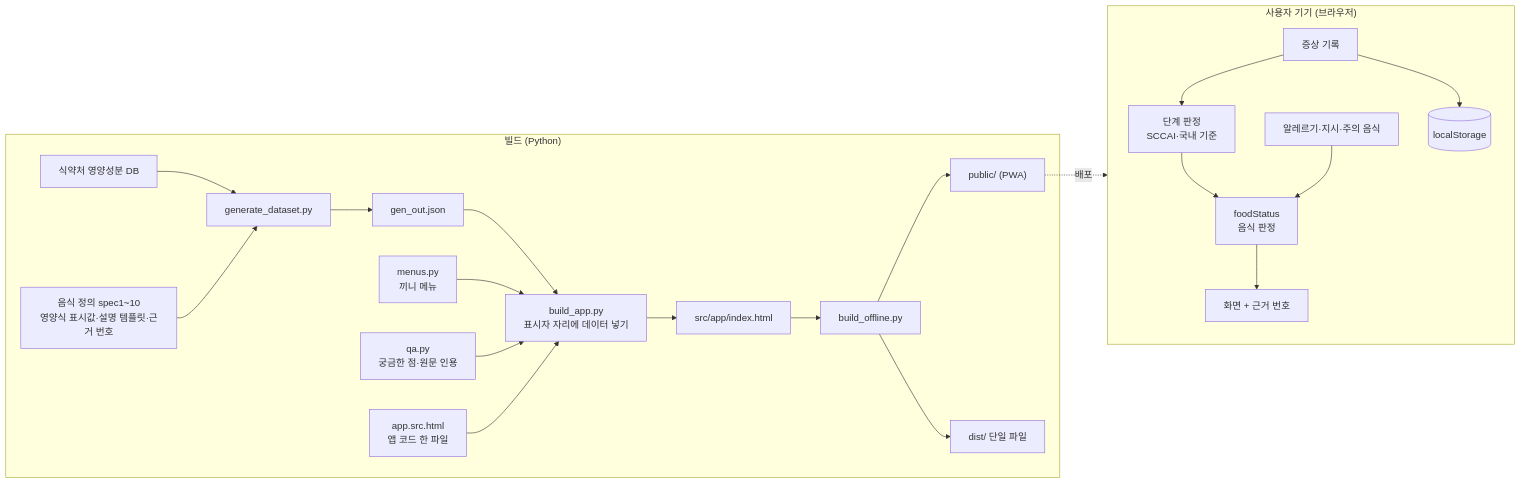
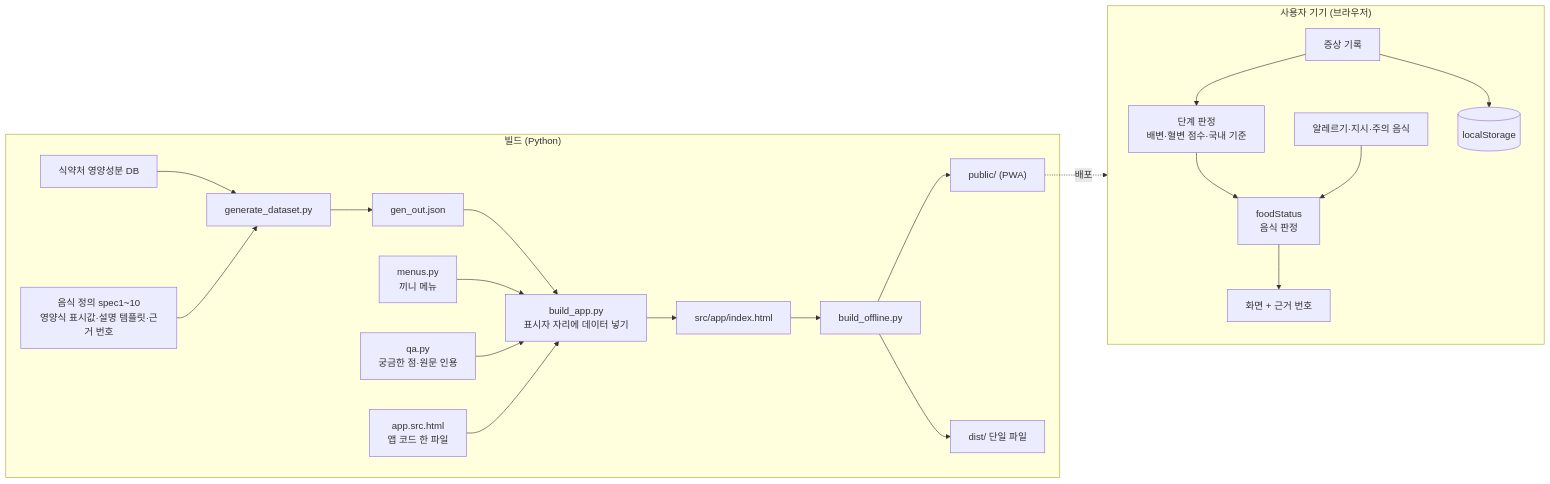
The diagram in README.md (Park11234/uc-table), drawn with Mermaid before and after one commit. The commit also changed other lines of this file and 33 other files, not shown here.

````diff
--- a/README.md
+++ b/README.md
@@ -136,24 +138,24 @@
 ```mermaid
 flowchart LR
   subgraph build["빌드 (Python)"]
     CSV["식약처 영양성분 DB"] --> GEN["generate_dataset.py"]
     SPEC["음식 정의 spec1~10<br/>영양식 표시값·설명 템플릿·근거 번호"] --> GEN
     GEN --> JSON["gen_out.json"]
     JSON --> BA["build_app.py<br/>표시자 자리에 데이터 넣기"]
     MENU["menus.py<br/>끼니 메뉴"] --> BA
     QA["qa.py<br/>궁금한 점·원문 인용"] --> BA
     SRC["app.src.html<br/>앱 코드 한 파일"] --> BA
     BA --> APP["src/app/index.html"]
     APP --> OFF["build_offline.py"]
     OFF --> PWA["public/ (PWA)"]
     OFF --> ONE["dist/ 단일 파일"]
   end
   subgraph device["사용자 기기 (브라우저)"]
-    LOG["증상 기록"] --> STAGE["단계 판정<br/>SCCAI·국내 기준"]
+    LOG["증상 기록"] --> STAGE["단계 판정<br/>배변·혈변 점수·국내 기준"]
     STAGE --> RULE["foodStatus<br/>음식 판정"]
     PROF["알레르기·지시·주의 음식"] --> RULE
     RULE --> VIEW["화면 + 근거 번호"]
     LOG --> LS[("localStorage")]
   end
   PWA -. 배포 .-> device
 ```
````
